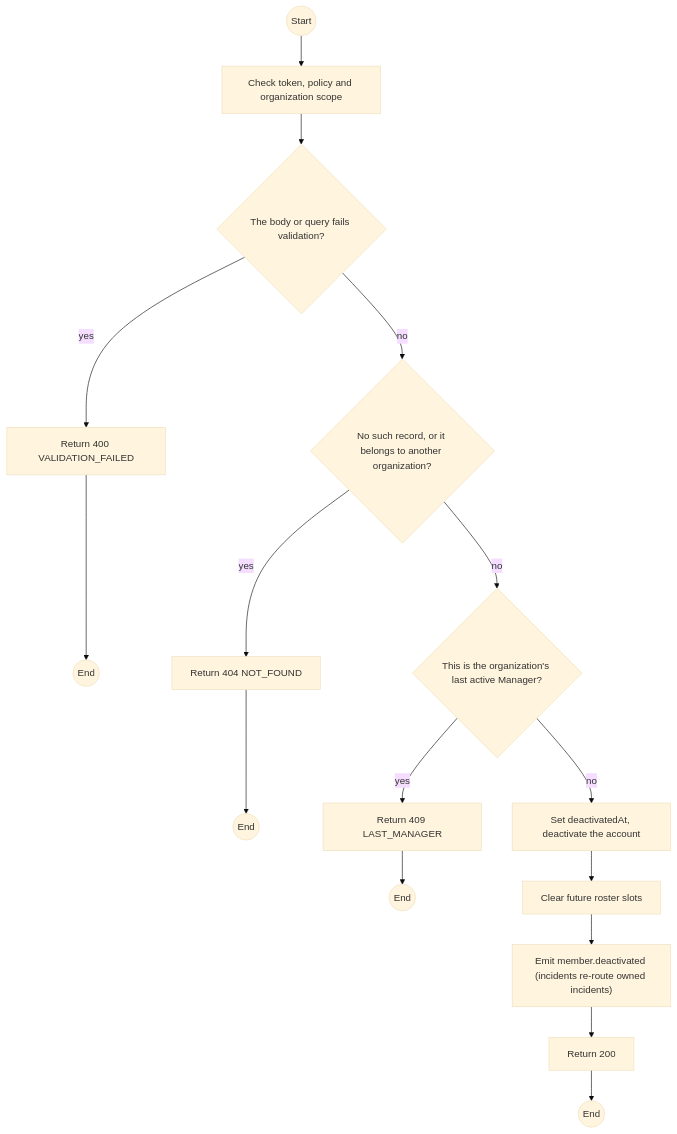
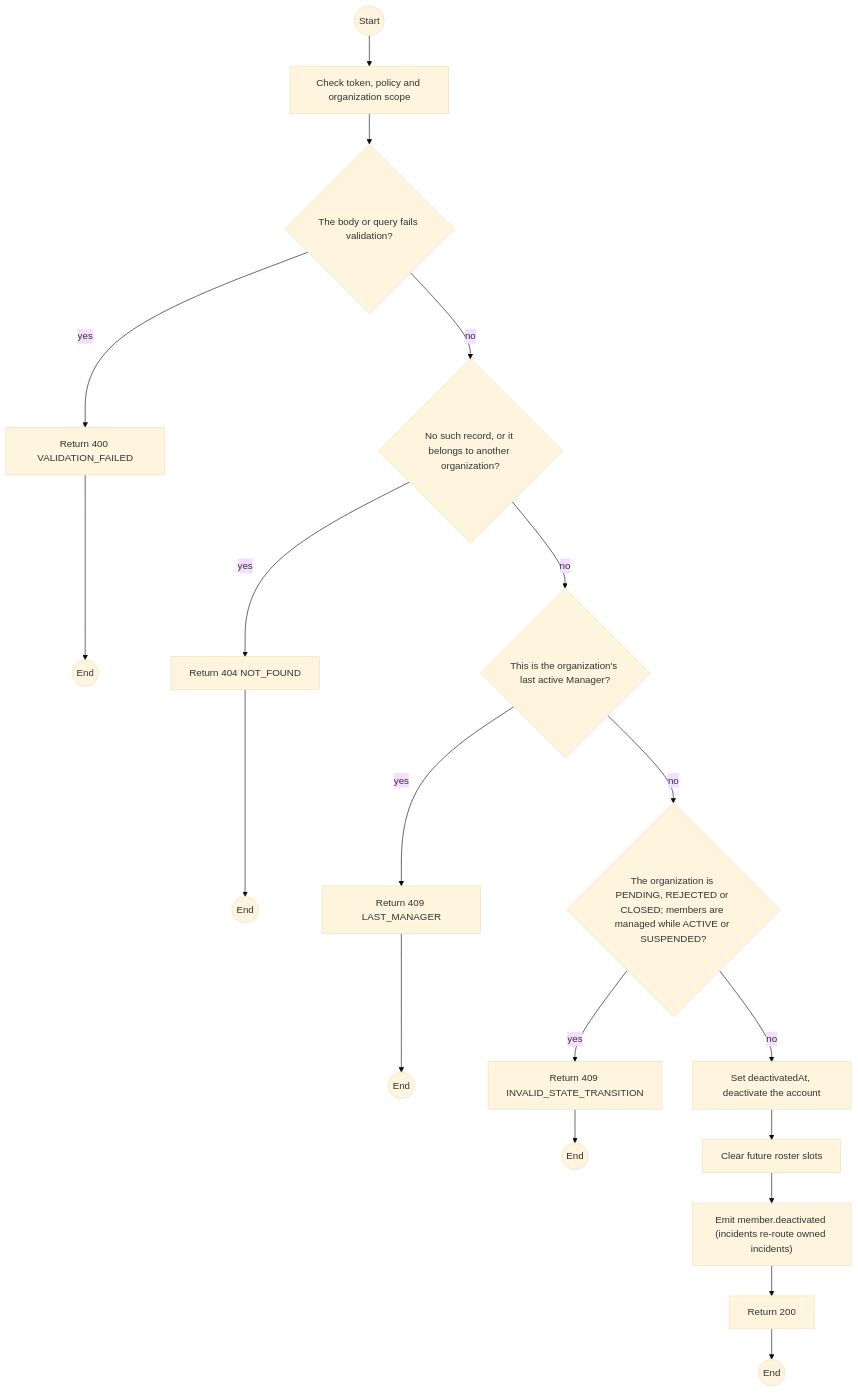
The first of 2 diagrams in specs/organizations/api-design/15-post-organizations-id-members-memberid-deactivate.md (TrekLink-Team/treklink-web), drawn with Mermaid (base theme) before and after one commit. The commit also changed other lines of this file and 12 other files, not shown here.

First line of the commit message:
fix(TK-117): read a pending invitation from the password, not isActive (review of #130)

````diff
--- a/specs/organizations/api-design/15-post-organizations-id-members-memberid-deactivate.md
+++ b/specs/organizations/api-design/15-post-organizations-id-members-memberid-deactivate.md
@@ -155,30 +172,35 @@
 ```mermaid
 flowchart TB
     S((Start))
     A0["Check token, policy and organization scope"]
     S --> A0
     D1{"The body or query fails validation?"}
     A0 --> D1
     E1["Return 400 VALIDATION_FAILED"]
     D1 -->|yes| E1
     E1 --> X1((End))
     D2{"No such record, or it belongs to another organization?"}
     D1 -->|no| D2
     E2["Return 404 NOT_FOUND"]
     D2 -->|yes| E2
     E2 --> X2((End))
     D3{"This is the organization's last active Manager?"}
     D2 -->|no| D3
     E3["Return 409 LAST_MANAGER"]
     D3 -->|yes| E3
     E3 --> X3((End))
+    D4{"The organization is PENDING, REJECTED or CLOSED; members are managed while ACTIVE or SUSPENDED?"}
+    D3 -->|no| D4
+    E4["Return 409 INVALID_STATE_TRANSITION"]
+    D4 -->|yes| E4
+    E4 --> X4((End))
     P0["Set deactivatedAt, deactivate the account"]
-    D3 -->|no| P0
+    D4 -->|no| P0
     P1["Clear future roster slots"]
     P0 --> P1
     P2["Emit member.deactivated (incidents re-route owned incidents)"]
     P1 --> P2
     OK["Return 200"]
     P2 --> OK
     OK --> Z((End))
 ```
````
